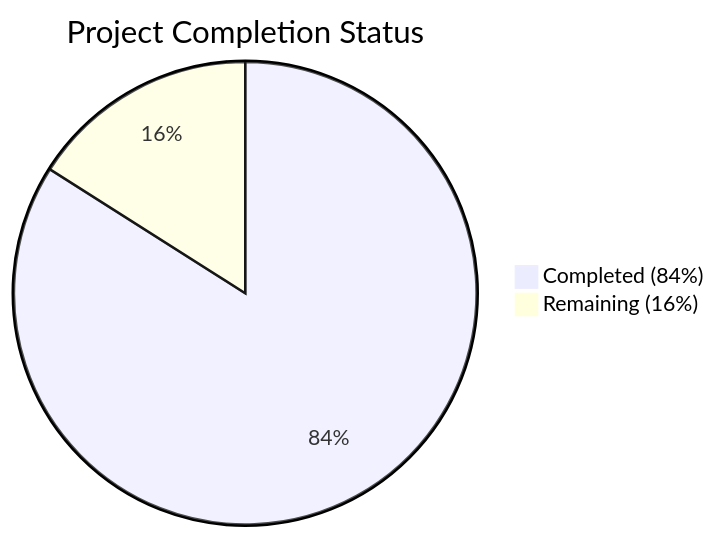
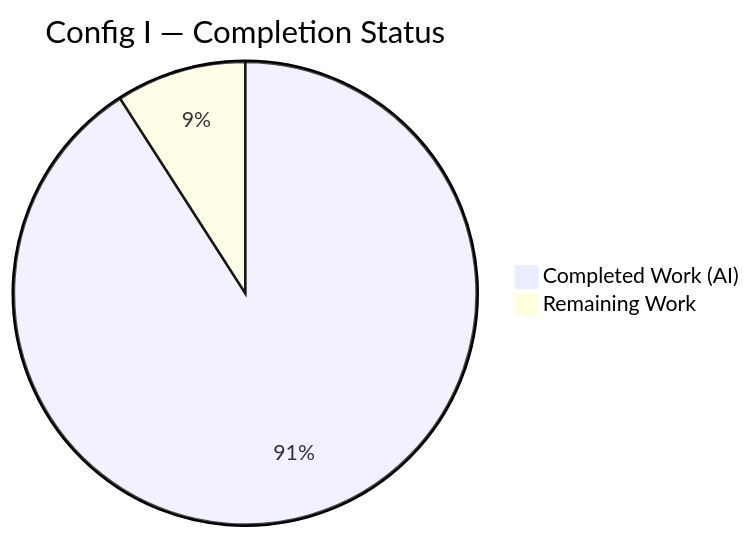
One commit to Blitzy-Sandbox/blitzy-cal changed the first of 4 diagrams in blitzy/documentation/Project Guide.md. Above: the diagram before and after it, drawn with Mermaid. The commit also changed other lines of this file, not shown here.

Commit message:
Adding Blitzy Project Guide: Project Status and Human Tasks Remaining

````diff
--- a/blitzy/documentation/Project Guide.md
+++ b/blitzy/documentation/Project Guide.md
@@ -11,5 +13,5 @@
 ```mermaid
-pie title Project Completion Status
-    "Completed (84%)" : 42
-    "Remaining (16%)" : 8
+pie title Config I — Completion Status
+    "Completed Work (AI)" : 40
+    "Remaining Work" : 4
 ```
````
